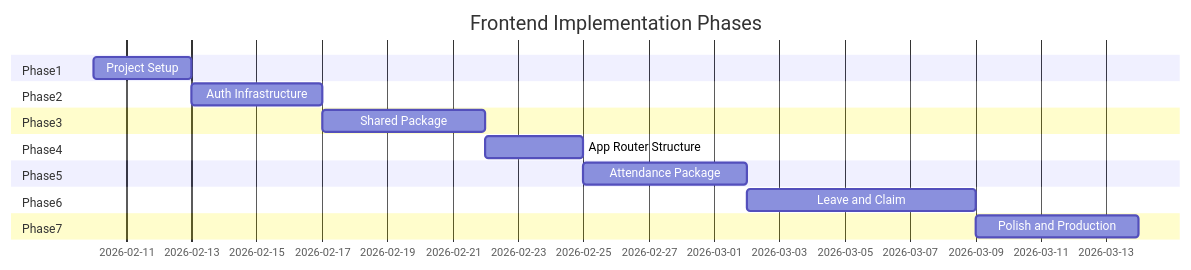
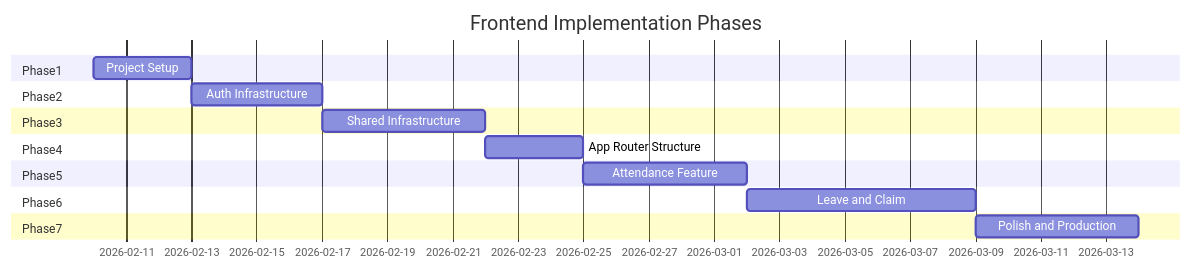
The diagram in docs/02-implementation-plan.md (Belive-FO/Belive-FO-Client), drawn with Mermaid before and after one commit. The commit also changed other lines of this file and 15 other files, not shown here.

First line of the commit message:
feat(auth, api-client): enhance authentication flow and API interaction

````diff
--- a/docs/02-implementation-plan.md
+++ b/docs/02-implementation-plan.md
@@ -552,19 +927,19 @@
 ```mermaid
 gantt
     title Frontend Implementation Phases
     dateFormat  YYYY-MM-DD
     section Phase1
     Project Setup           :p1, 2026-02-10, 3d
     section Phase2
     Auth Infrastructure     :p2, after p1, 4d
     section Phase3
-    Shared Package         :p3, after p2, 5d
+    Shared Infrastructure :p3, after p2, 5d
     section Phase4
     App Router Structure   :p4, after p3, 3d
     section Phase5
-    Attendance Package     :p5, after p4, 5d
+    Attendance Feature     :p5, after p4, 5d
     section Phase6
     Leave and Claim       :p6, after p5, 7d
     section Phase7
     Polish and Production  :p7, after p6, 5d
 ```
````
